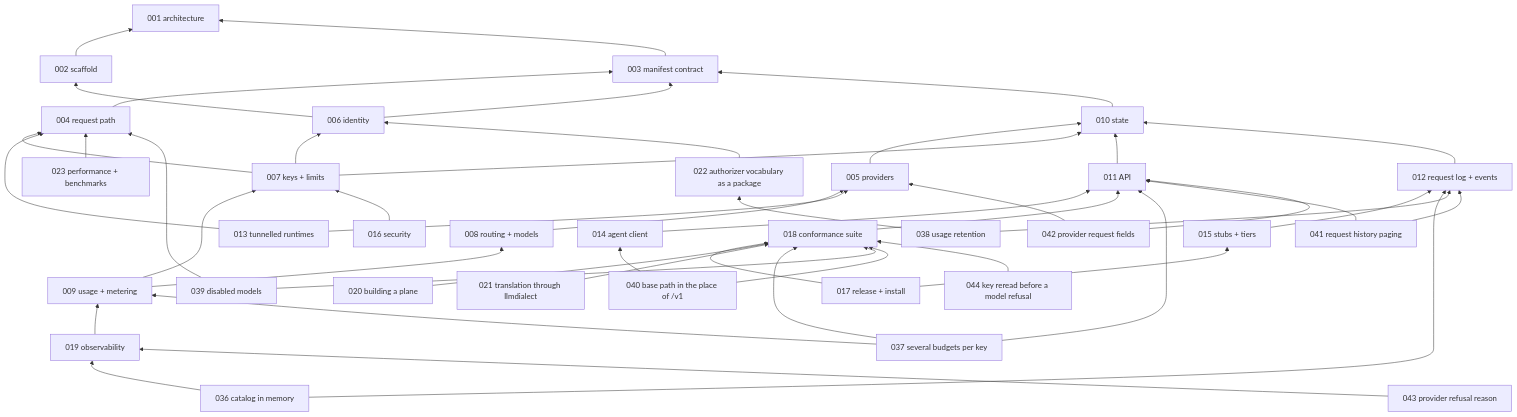
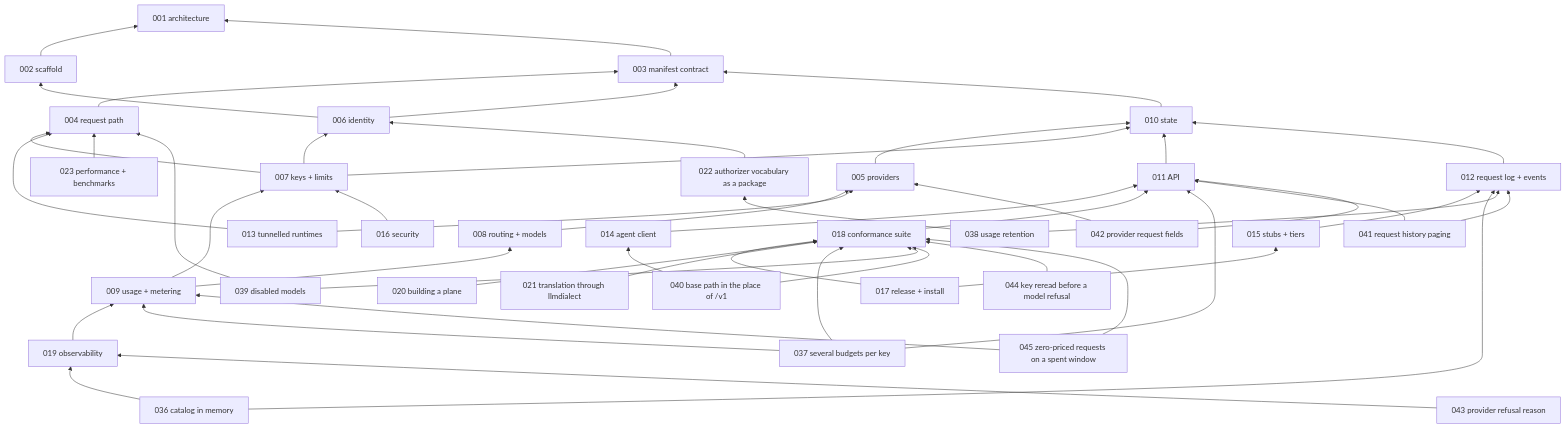
One commit to latere-ai/lux changed the second of 2 diagrams in specs/README.md. Above: the diagram before and after it, drawn with Mermaid. The commit also changed other lines of this file and 6 other files, not shown here.

Commit message:
specs: 045 zero-priced requests on a spent window, complete

````diff
--- a/specs/README.md
+++ b/specs/README.md
@@ -139,6 +140,7 @@
   S042[042 provider request fields]
   S043[043 provider refusal reason]
   S044[044 key reread before a model refusal]
+  S045[045 zero-priced requests on a spent window]
   S002 --> S001
   S003 --> S001
   S004 --> S003
@@ -184,4 +186,6 @@
   S042 --> S011
   S043 --> S019
   S044 --> S018
+  S045 --> S009
+  S045 --> S018
 ```
````
